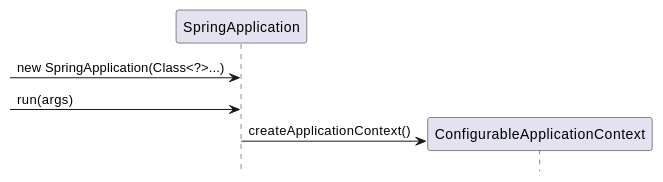
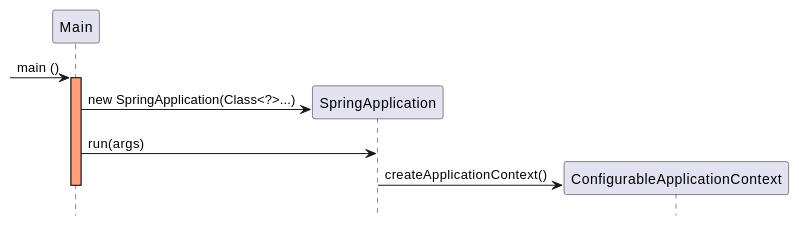
The first of 2 diagrams in source/java/spring/boot/index.org (freiric/sphinx-knowledge), drawn with PlantUML before and after one commit. The commit also changed 2 other files, not shown here.

Commit message:
2022_10_02 (laptop perso)

```diff
--- a/source/java/spring/boot/index.org
+++ b/source/java/spring/boot/index.org
@@ -1,8 +1,12 @@
 #+begin_src plantuml :file uml/SpringApplication.run.png
 hide footbox
+participant Main
+-> Main : main ()
+activate Main #LightSalmon
 create SpringApplication
--> SpringApplication : new SpringApplication(Class<?>...)
--> SpringApplication : run(args)
+Main -> SpringApplication : new SpringApplication(Class<?>...)
+Main -> SpringApplication : run(args)
 create ConfigurableApplicationContext
 SpringApplication -> ConfigurableApplicationContext: createApplicationContext()
+deactivate Main
 #+end_src
```
